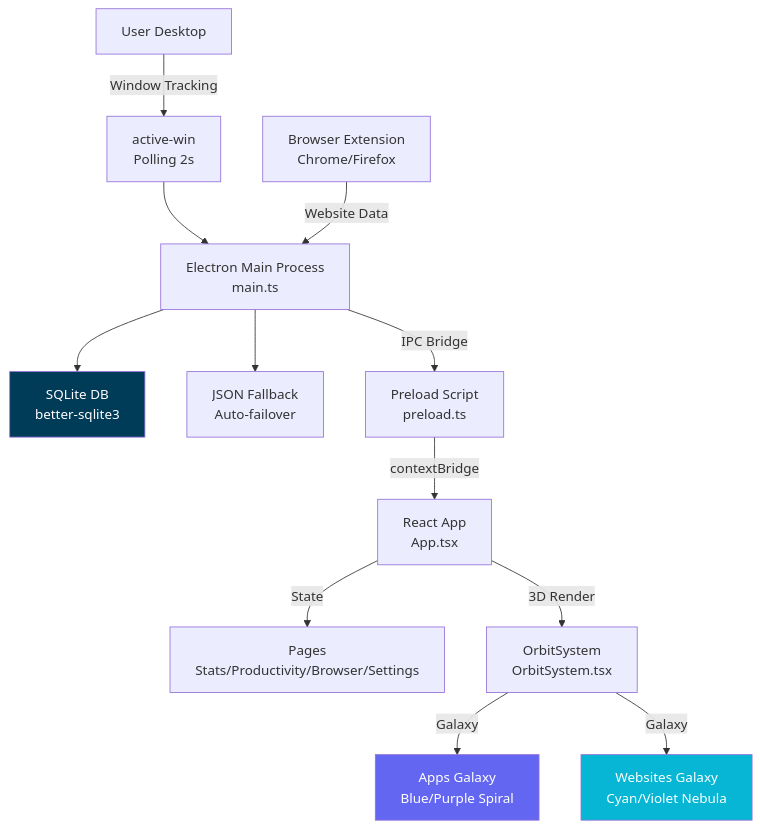
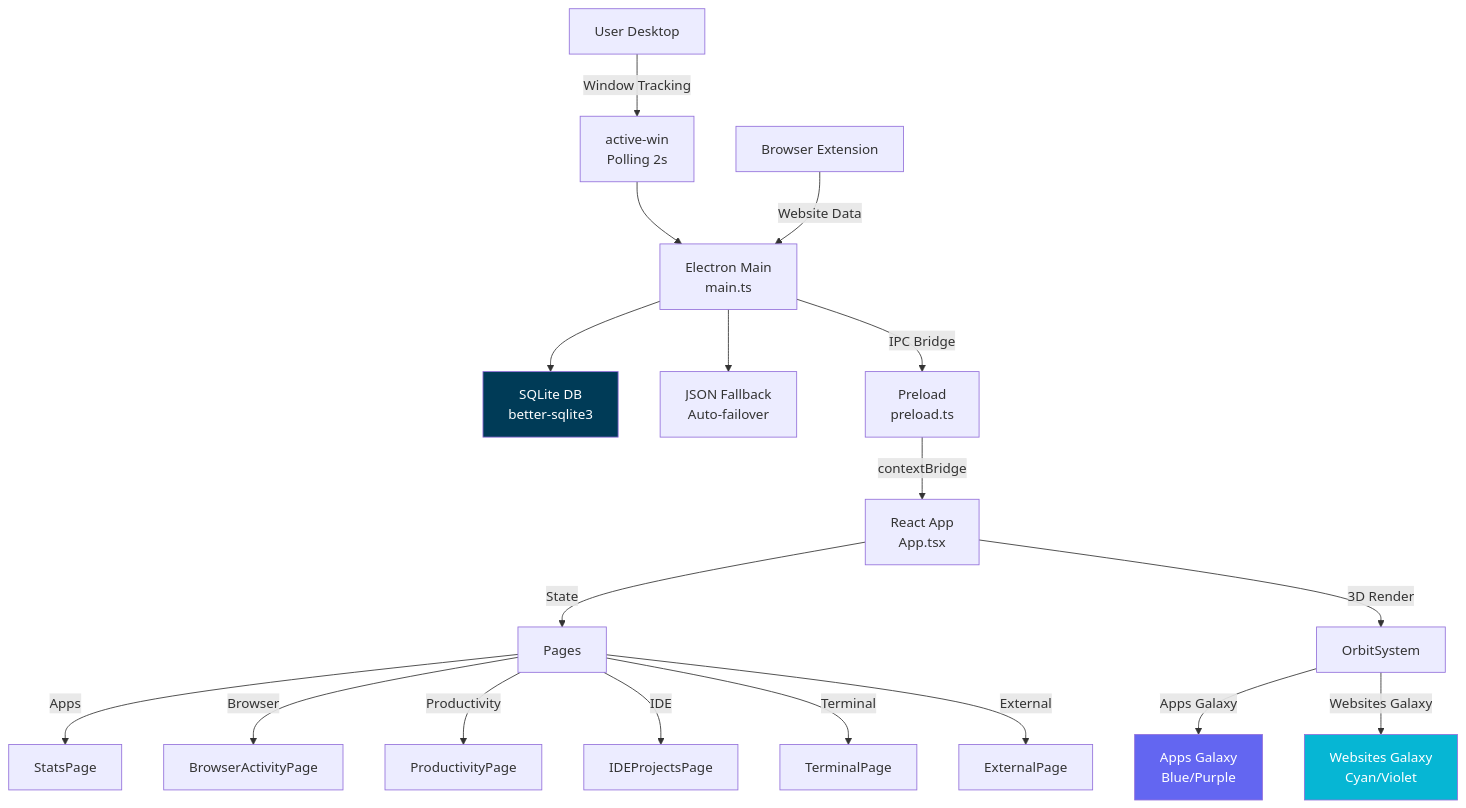
One commit to RCZ88/App-Tracker changed the diagram in README.md. Above: the diagram before and after it, drawn with Mermaid. The commit also changed other lines of this file and 3 other files, not shown here.

````diff
--- a/README.md
+++ b/README.md
@@ -327,19 +365,27 @@
 ```mermaid
 graph TD
     A[User Desktop] -->|Window Tracking| B[active-win<br/>Polling 2s]
-    B --> C[Electron Main Process<br/>main.ts]
+    B --> C[Electron Main<br/>main.ts]
     C --> D[SQLite DB<br/>better-sqlite3]
     C --> E[JSON Fallback<br/>Auto-failover]
-    C -->|IPC Bridge| F[Preload Script<br/>preload.ts]
+    C -->|IPC Bridge| F[Preload<br/>preload.ts]
     F -->|contextBridge| G[React App<br/>App.tsx]
-    G -->|State| H[Pages<br/>Stats/Productivity/Browser/Settings]
-    G -->|3D Render| I[OrbitSystem<br/>OrbitSystem.tsx]
-    I -->|Galaxy| J[Apps Galaxy<br/>Blue/Purple Spiral]
-    I -->|Galaxy| K[Websites Galaxy<br/>Cyan/Violet Nebula]
+    G -->|State| H[Pages]
+    G -->|3D Render| I[OrbitSystem]
 
-    L[Browser Extension<br/>Chrome/Firefox] -->|Website Data| C
+    H -->|Apps| J[StatsPage]
+    H -->|Browser| K[BrowserActivityPage]
+    H -->|Productivity| L[ProductivityPage]
+    H -->|IDE| M[IDEProjectsPage]
+    H -->|Terminal| N[TerminalPage]
+    H -->|External| O[ExternalPage]
 
-    style J fill:#6366f1,color:#fff
-    style K fill:#06b6d4,color:#fff
+    I -->|Apps Galaxy| P[Apps Galaxy<br/>Blue/Purple]
+    I -->|Websites Galaxy| Q[Websites Galaxy<br/>Cyan/Violet]
+
+    R[Browser Extension] -->|Website Data| C
+
+    style P fill:#6366f1,color:#fff
+    style Q fill:#06b6d4,color:#fff
     style D fill:#003B57,color:#fff
 ```
````
